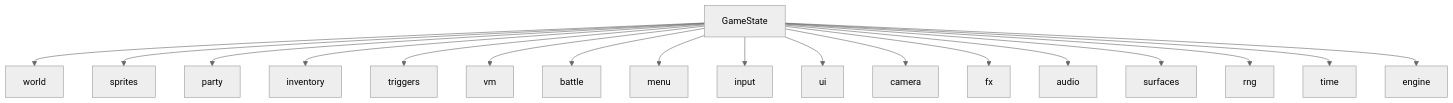
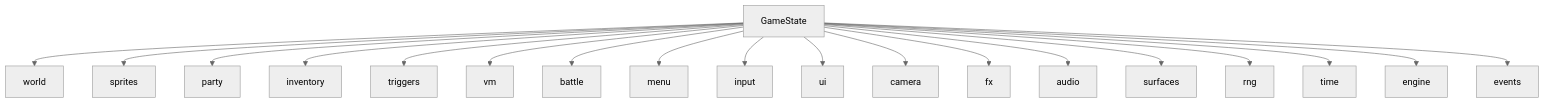
The second of 3 diagrams in _bmad-output/initiative-rpgtoolkit-reawakened/architecture-rpgtoolkit-reawakened/architecture-rpgtoolkit-reawakened.md (aljopro/rpgtoolkit-reawakened), drawn with Mermaid (neutral theme) before and after one commit. The commit also changed other lines of this file and 8 other files, not shown here.

````diff
--- a/_bmad-output/initiative-rpgtoolkit-reawakened/architecture-rpgtoolkit-reawakened/architecture-rpgtoolkit-reawakened.md
+++ b/_bmad-output/initiative-rpgtoolkit-reawakened/architecture-rpgtoolkit-reawakened/architecture-rpgtoolkit-reawakened.md
@@ -196,20 +197,21 @@
 ```mermaid
 graph TD
   GameState --> world
   GameState --> sprites
   GameState --> party
   GameState --> inventory
   GameState --> triggers
   GameState --> vm
   GameState --> battle
   GameState --> menu
   GameState --> input
   GameState --> ui
   GameState --> camera
   GameState --> fx
   GameState --> audio
   GameState --> surfaces
   GameState --> rng
   GameState --> time
   GameState --> engine
+  GameState --> events
 ```
````
